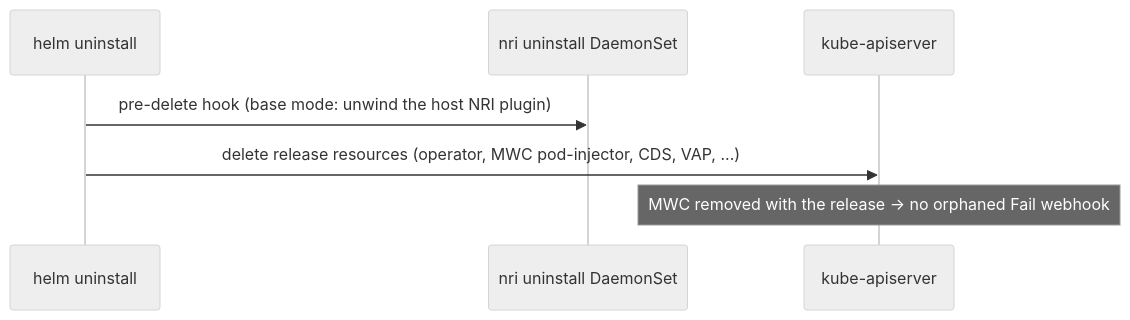
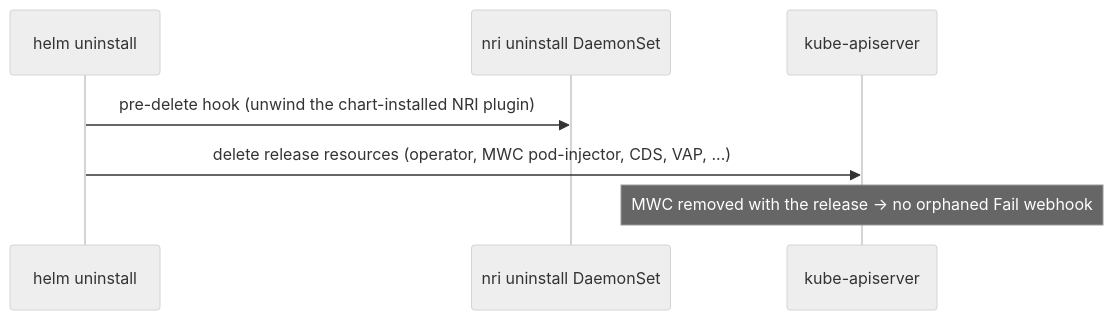
One commit to confidential-dot-ai/c8s changed the fourth of 4 diagrams in docs/install-flows.md. Above: the diagram before and after it, drawn with Mermaid (neutral theme). The commit also changed other lines of this file and 268 other files, not shown here.

````diff
--- a/docs/install-flows.md
+++ b/docs/install-flows.md
@@ -315,9 +204,9 @@
 ```mermaid
 sequenceDiagram
     participant Helm as helm uninstall
     participant DS as nri uninstall DaemonSet
     participant K as kube-apiserver
-    Helm->>DS: pre-delete hook (base mode: unwind the host NRI plugin)
+    Helm->>DS: pre-delete hook (unwind the chart-installed NRI plugin)
     Helm->>K: delete release resources (operator, MWC pod-injector, CDS, VAP, ...)
     Note over K: MWC removed with the release → no orphaned Fail webhook
 ```
````
